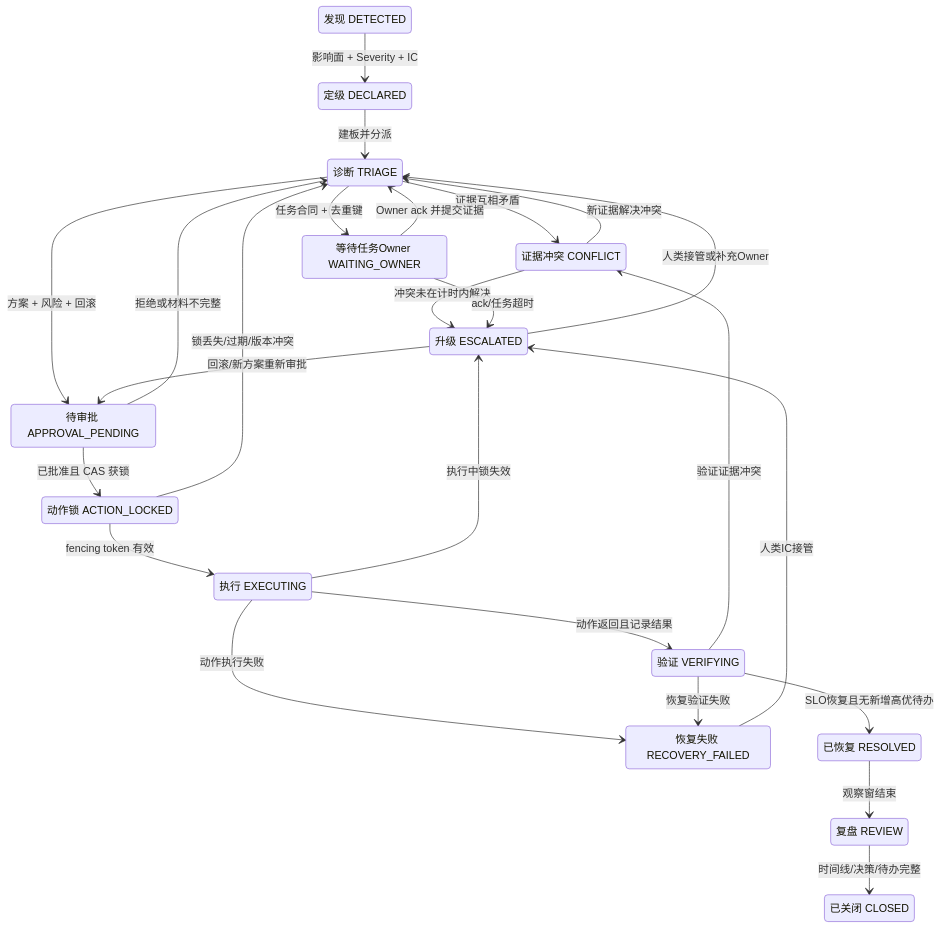
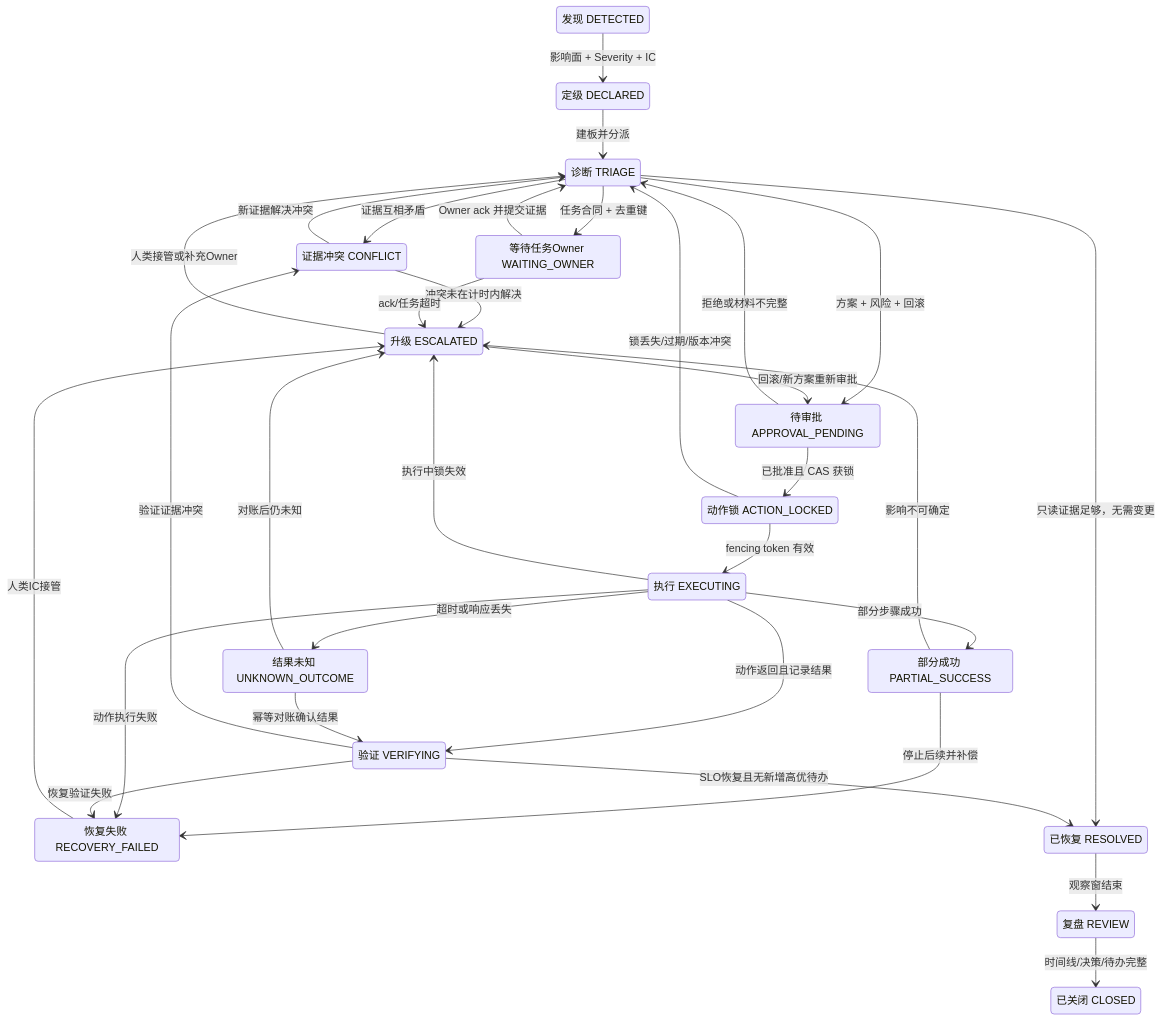
One commit to ai-guru-global/the-ops-agent-book changed the diagram in docs/playbooks/incident-commander.md. Above: the diagram before and after it, drawn with Mermaid. The commit also changed other lines of this file and 61 other files, not shown here.

First line of the commit message:
fix: close re-evaluation gaps and expand diagram coverage

````diff
--- a/docs/playbooks/incident-commander.md
+++ b/docs/playbooks/incident-commander.md
@@ -57,42 +57,51 @@
 ```mermaid
 stateDiagram-v2
   state "发现 DETECTED" as DETECTED
   state "定级 DECLARED" as DECLARED
   state "诊断 TRIAGE" as TRIAGE
   state "证据冲突 CONFLICT" as CONFLICT
   state "等待任务Owner WAITING_OWNER" as WAITING_OWNER
   state "升级 ESCALATED" as ESCALATED
   state "待审批 APPROVAL_PENDING" as APPROVAL_PENDING
   state "动作锁 ACTION_LOCKED" as ACTION_LOCKED
   state "执行 EXECUTING" as EXECUTING
+  state "部分成功 PARTIAL_SUCCESS" as PARTIAL_SUCCESS
+  state "结果未知 UNKNOWN_OUTCOME" as UNKNOWN_OUTCOME
   state "验证 VERIFYING" as VERIFYING
   state "恢复失败 RECOVERY_FAILED" as RECOVERY_FAILED
   state "已恢复 RESOLVED" as RESOLVED
   state "复盘 REVIEW" as REVIEW
   state "已关闭 CLOSED" as CLOSED
 
   DETECTED --> DECLARED: 影响面 + Severity + IC
   DECLARED --> TRIAGE: 建板并分派
   TRIAGE --> CONFLICT: 证据互相矛盾
   CONFLICT --> TRIAGE: 新证据解决冲突
   CONFLICT --> ESCALATED: 冲突未在计时内解决
   TRIAGE --> WAITING_OWNER: 任务合同 + 去重键
   WAITING_OWNER --> TRIAGE: Owner ack 并提交证据
   WAITING_OWNER --> ESCALATED: ack/任务超时
   ESCALATED --> TRIAGE: 人类接管或补充Owner
+  TRIAGE --> RESOLVED: 只读证据足够，无需变更
   TRIAGE --> APPROVAL_PENDING: 方案 + 风险 + 回滚
   APPROVAL_PENDING --> TRIAGE: 拒绝或材料不完整
   APPROVAL_PENDING --> ACTION_LOCKED: 已批准且 CAS 获锁
   ACTION_LOCKED --> EXECUTING: fencing token 有效
   ACTION_LOCKED --> TRIAGE: 锁丢失/过期/版本冲突
   EXECUTING --> ESCALATED: 执行中锁失效
   EXECUTING --> VERIFYING: 动作返回且记录结果
+  EXECUTING --> PARTIAL_SUCCESS: 部分步骤成功
+  EXECUTING --> UNKNOWN_OUTCOME: 超时或响应丢失
+  PARTIAL_SUCCESS --> RECOVERY_FAILED: 停止后续并补偿
+  PARTIAL_SUCCESS --> ESCALATED: 影响不可确定
+  UNKNOWN_OUTCOME --> VERIFYING: 幂等对账确认结果
+  UNKNOWN_OUTCOME --> ESCALATED: 对账后仍未知
   EXECUTING --> RECOVERY_FAILED: 动作执行失败
   VERIFYING --> CONFLICT: 验证证据冲突
   VERIFYING --> RESOLVED: SLO恢复且无新增高优待办
   VERIFYING --> RECOVERY_FAILED: 恢复验证失败
   RECOVERY_FAILED --> ESCALATED: 人类IC接管
   ESCALATED --> APPROVAL_PENDING: 回滚/新方案重新审批
   RESOLVED --> REVIEW: 观察窗结束
   REVIEW --> CLOSED: 时间线/决策/待办完整
 ```
````
